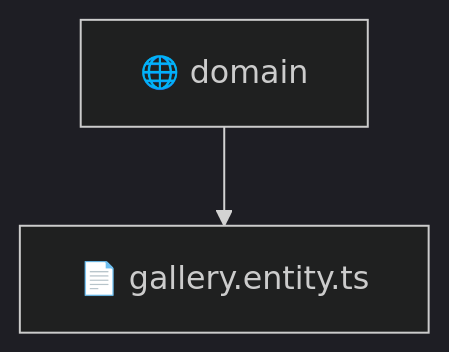
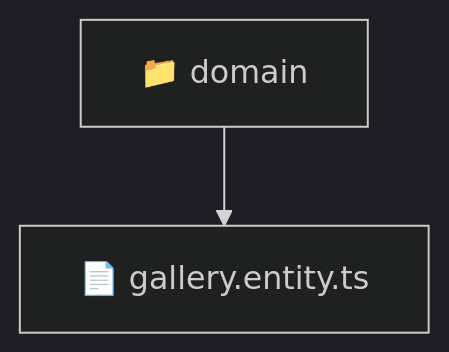
Before and after one commit to beginwebdev2002/fullstack-mavluda: the diagram in backend/src/modules/gallery/domain/README.md, drawn with Mermaid (dark theme). The commit also changed other lines of this file and 159 other files, not shown here.

````diff
--- a/backend/src/modules/gallery/domain/README.md
+++ b/backend/src/modules/gallery/domain/README.md
@@ -11,5 +9,5 @@
 ```mermaid
 graph TD
-  domain["🌐 domain"]
-  domain --> domain_gallery_entity_ts["📄 gallery.entity.ts"]
+  Root["📁 domain"]
+  Root --> gallery_entity_ts["📄 gallery.entity.ts"]
 ```
````
